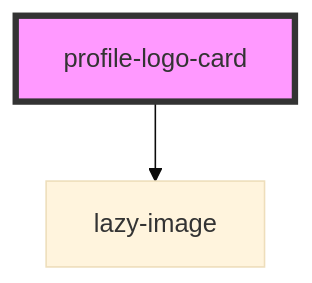
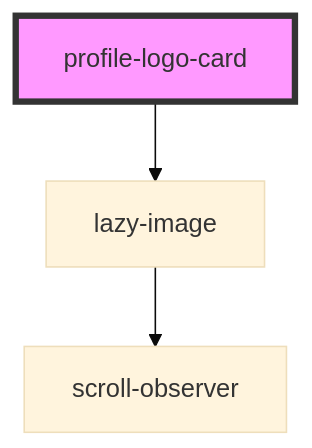
The diagram in src/components/cards/profile-logo-card/readme.md (dev-kylo/component_library), drawn with Mermaid (base theme) before and after one commit. The commit also changed 33 other files, not shown here.

````diff
--- a/src/components/cards/profile-logo-card/readme.md
+++ b/src/components/cards/profile-logo-card/readme.md
@@ -27,5 +27,6 @@
 ```mermaid
 graph TD;
   profile-logo-card --> lazy-image
+  lazy-image --> scroll-observer
   style profile-logo-card fill:#f9f,stroke:#333,stroke-width:4px
 ```
````
